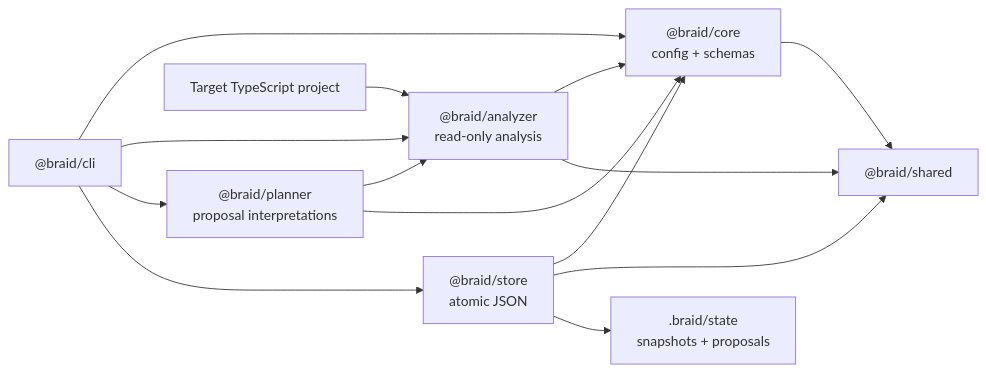
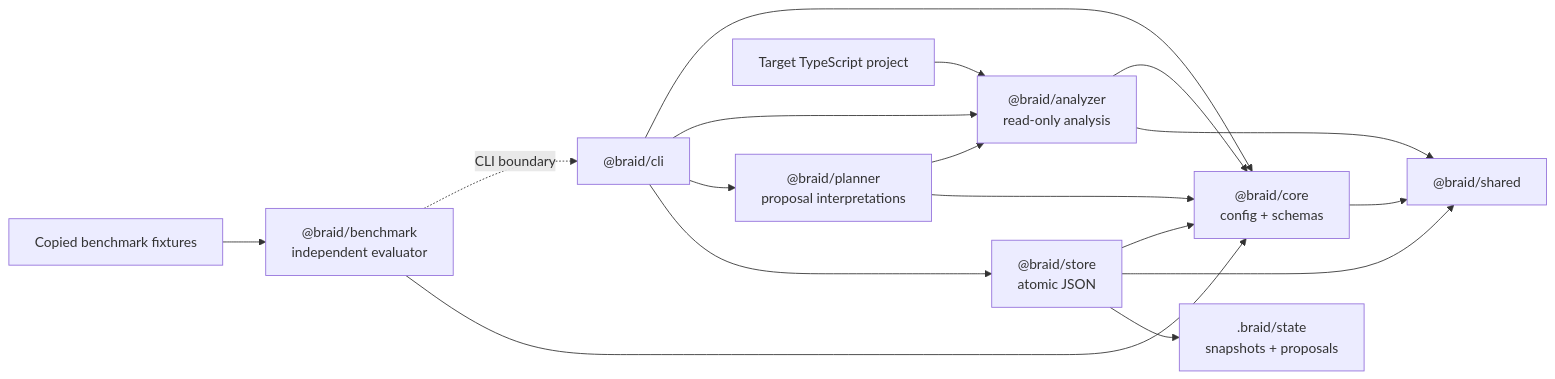
Before and after one commit to ting10688/braid: the first of 2 diagrams in docs/architecture.md, drawn with Mermaid. The commit also changed other lines of this file and 3 other files, not shown here.

Commit message:
docs: document Braid benchmark methodology

````diff
--- a/docs/architecture.md
+++ b/docs/architecture.md
@@ -12,16 +14,19 @@
 ```mermaid
 flowchart LR
     CLI["@braid/cli"] --> Core["@braid/core<br/>config + schemas"]
     CLI --> Analyzer["@braid/analyzer<br/>read-only analysis"]
     CLI --> Planner["@braid/planner<br/>proposal interpretations"]
     CLI --> Store["@braid/store<br/>atomic JSON"]
     Analyzer --> Core
     Planner --> Analyzer
     Planner --> Core
     Store --> Core
     Core --> Shared["@braid/shared"]
     Analyzer --> Shared
     Store --> Shared
     Project["Target TypeScript project"] --> Analyzer
     Store --> State[".braid/state<br/>snapshots + proposals"]
+    Bench["@braid/benchmark<br/>independent evaluator"] -. CLI boundary .-> CLI
+    Bench --> Core
+    Fixtures["Copied benchmark fixtures"] --> Bench
 ```
````
